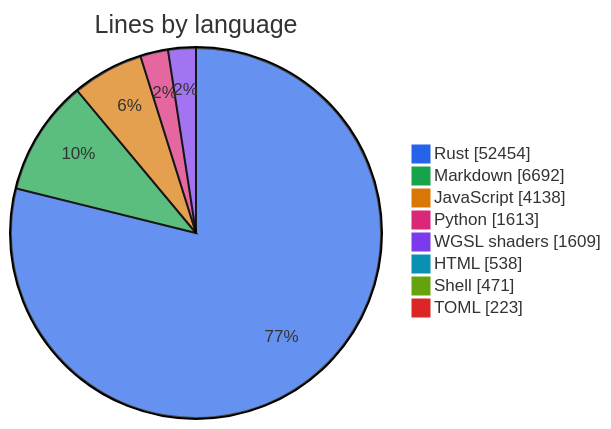
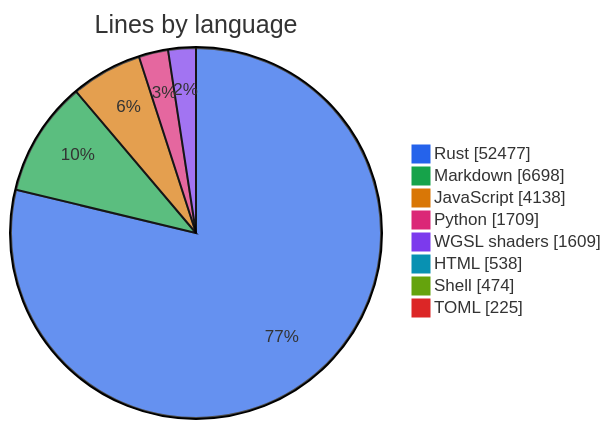
One commit to thomascherickal/ferrum-gpu changed the first of 2 diagrams in metrics.md. Above: the diagram before and after it, drawn with Mermaid. The commit also changed other lines of this file and 24 other files, not shown here.

````diff
--- a/metrics.md
+++ b/metrics.md
@@ -22,12 +22,12 @@
 ```mermaid
 %%{init: {"theme": "base", "themeVariables": {"pie1": "#2563eb", "pie2": "#16a34a", "pie3": "#d97706", "pie4": "#db2777", "pie5": "#7c3aed", "pie6": "#0891b2", "pie7": "#65a30d", "pie8": "#dc2626"}}}%%
 pie showData title Lines by language
-    "Rust" : 52454
-    "Markdown" : 6692
+    "Rust" : 52477
+    "Markdown" : 6698
     "JavaScript" : 4138
-    "Python" : 1613
+    "Python" : 1709
     "WGSL shaders" : 1609
     "HTML" : 538
-    "Shell" : 471
-    "TOML" : 223
+    "Shell" : 474
+    "TOML" : 225
 ```
````
